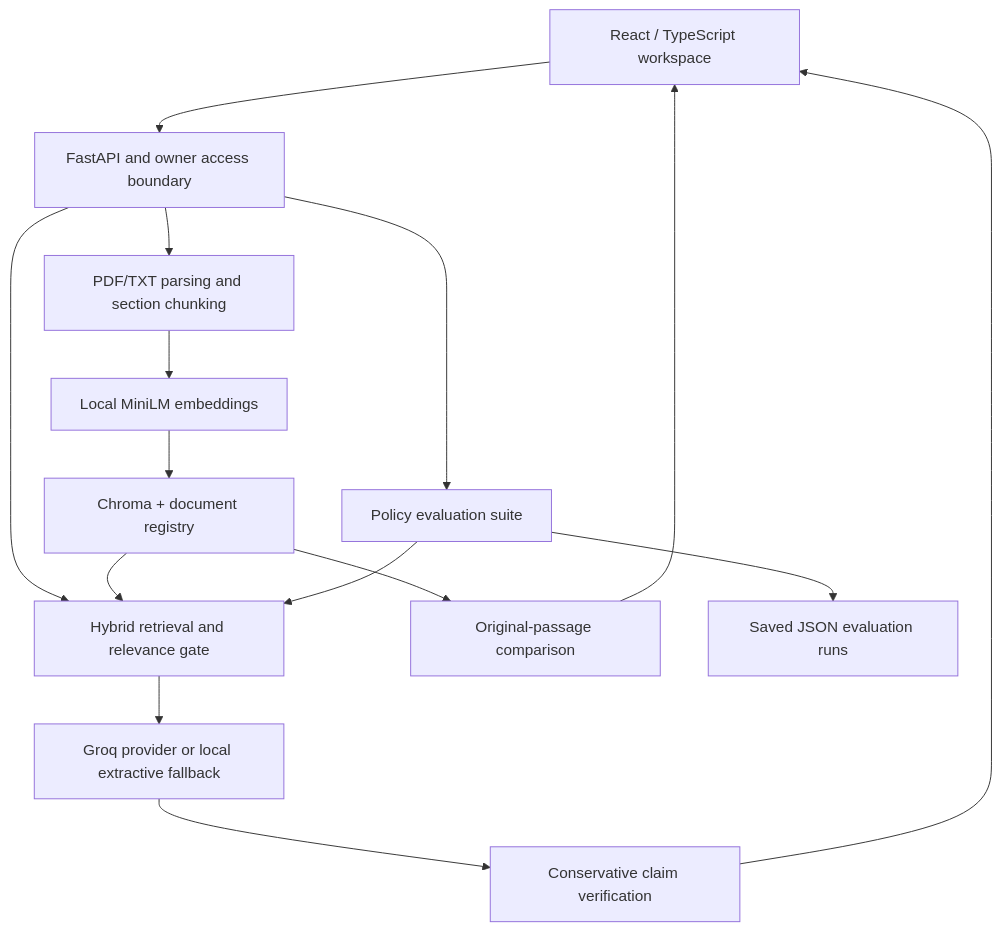
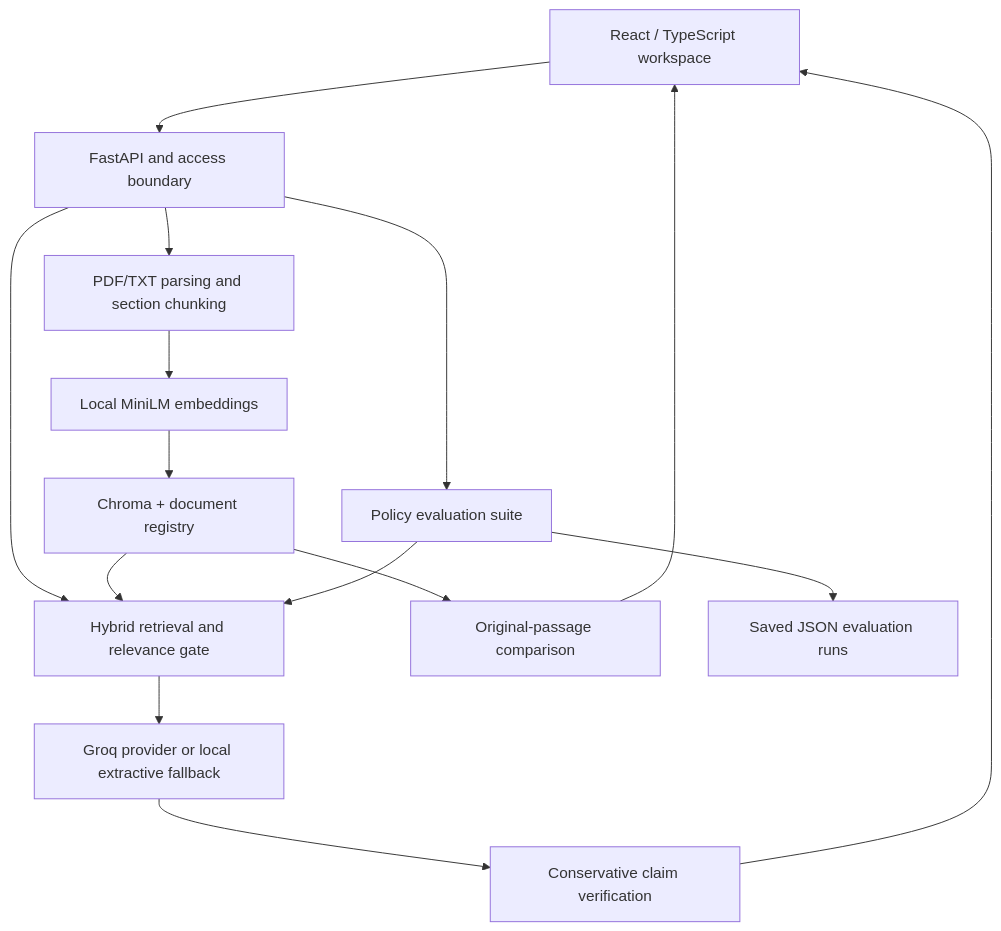
One commit to Lingu17/Vericore---Evidence-First-Document-Intelligence changed the diagram in README.md. Above: the diagram before and after it, drawn with Mermaid. The commit also changed other lines of this file and 1 other file, not shown here.

````diff
--- a/README.md
+++ b/README.md
@@ -67,17 +82,17 @@
 ```mermaid
 flowchart TD
-    UI[React / TypeScript workspace] --> API[FastAPI and owner access boundary]
+    UI[React / TypeScript workspace] --> API[FastAPI and access boundary]
     API --> ING[PDF/TXT parsing and section chunking]
     ING --> EMB[Local MiniLM embeddings]
     EMB --> DB[Chroma + document registry]
     API --> RET[Hybrid retrieval and relevance gate]
     DB --> RET
     RET --> GEN[Groq provider or local extractive fallback]
     GEN --> VER[Conservative claim verification]
     VER --> UI
     DB --> CMP[Original-passage comparison]
     CMP --> UI
     API --> EVAL[Policy evaluation suite]
     EVAL --> RET
     EVAL --> RUNS[Saved JSON evaluation runs]
 ```
````
